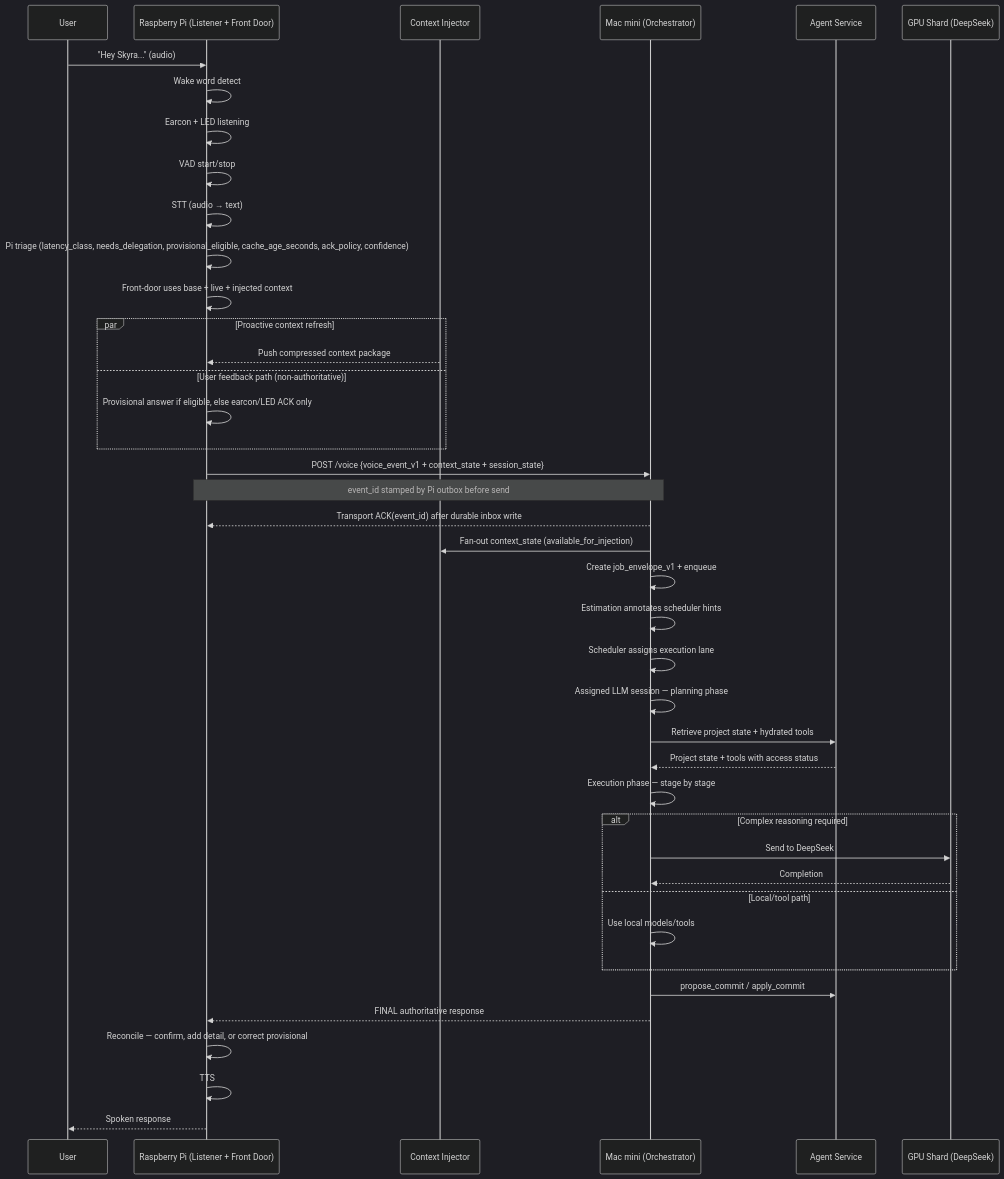
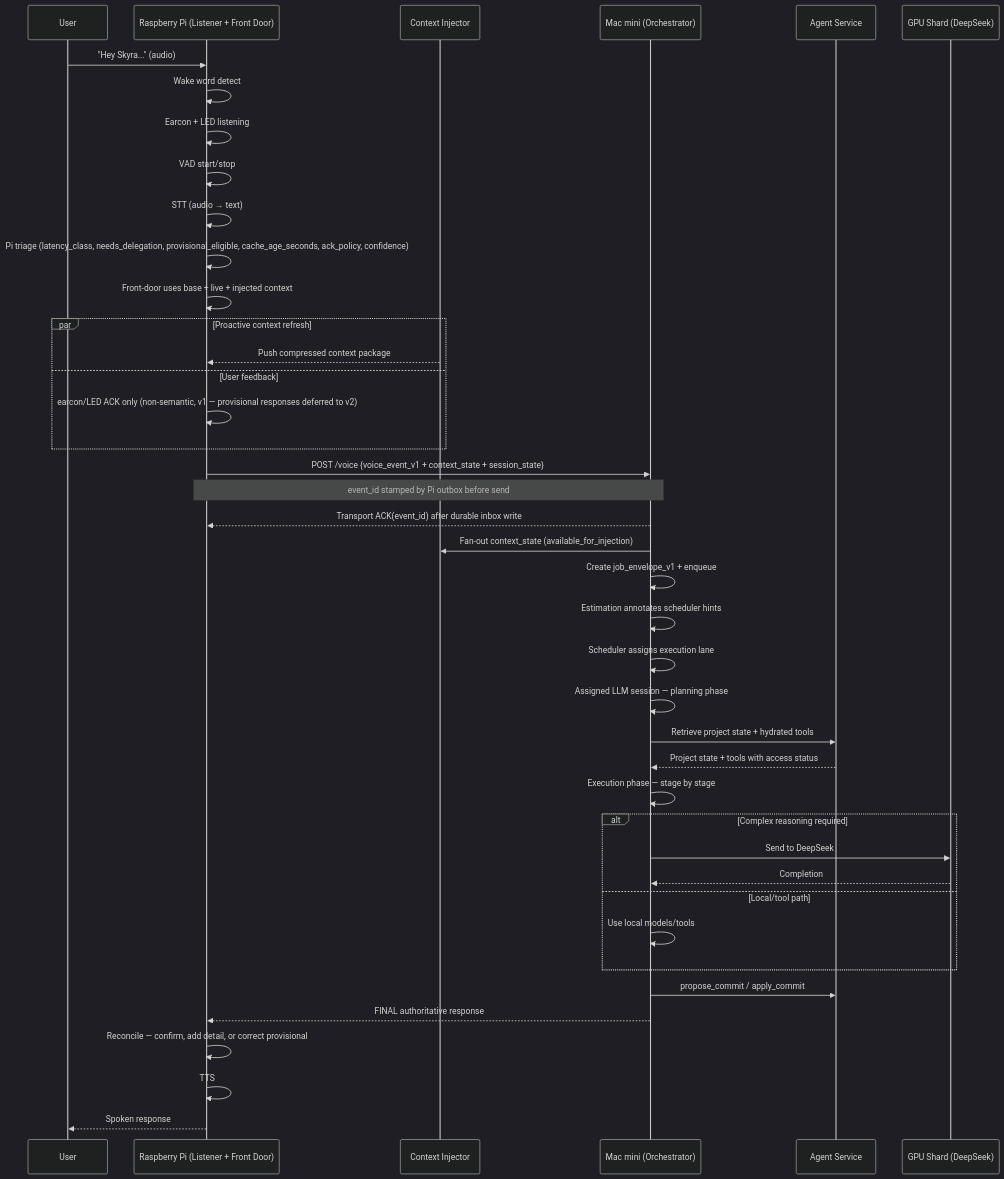
One commit to m-scanlon/tony-stark-was-able-tobuild-this-in-a-cave changed the third of 3 diagrams in docs/arch/v1/scyra.md. Above: the diagram before and after it, drawn with Mermaid (dark theme). The commit also changed other lines of this file and 2 other files, not shown here.

````diff
--- a/docs/arch/v1/scyra.md
+++ b/docs/arch/v1/scyra.md
@@ -430,46 +430,46 @@
 ```mermaid
 sequenceDiagram
   participant User
   participant Pi as Raspberry Pi (Listener + Front Door)
   participant CIX as Context Injector
   participant Mac as Mac mini (Orchestrator)
   participant PROJ as Agent Service
   participant GPU as GPU Shard (DeepSeek)
 
   User->>Pi: "Hey Skyra..." (audio)
   Pi->>Pi: Wake word detect
   Pi->>Pi: Earcon + LED listening
   Pi->>Pi: VAD start/stop
   Pi->>Pi: STT (audio → text)
   Pi->>Pi: Pi triage (latency_class, needs_delegation, provisional_eligible, cache_age_seconds, ack_policy, confidence)
   Pi->>Pi: Front-door uses base + live + injected context
   par Proactive context refresh
     CIX-->>Pi: Push compressed context package
-  and User feedback path (non-authoritative)
-    Pi->>Pi: Provisional answer if eligible, else earcon/LED ACK only
+  and User feedback
+    Pi->>Pi: earcon/LED ACK only (non-semantic, v1 — provisional responses deferred to v2)
   end
 
   Pi->>Mac: POST /voice {voice_event_v1 + context_state + session_state}
   Note over Pi,Mac: event_id stamped by Pi outbox before send
   Mac-->>Pi: Transport ACK(event_id) after durable inbox write
   Mac->>CIX: Fan-out context_state (available_for_injection)
 
   Mac->>Mac: Create job_envelope_v1 + enqueue
   Mac->>Mac: Estimation annotates scheduler hints
   Mac->>Mac: Scheduler assigns execution lane
   Mac->>Mac: Assigned LLM session — planning phase
   Mac->>PROJ: Retrieve project state + hydrated tools
   PROJ-->>Mac: Project state + tools with access status
   Mac->>Mac: Execution phase — stage by stage
   alt Complex reasoning required
     Mac->>GPU: Send to DeepSeek
     GPU-->>Mac: Completion
   else Local/tool path
     Mac->>Mac: Use local models/tools
   end
   Mac->>PROJ: propose_commit / apply_commit
   Mac-->>Pi: FINAL authoritative response
   Pi->>Pi: Reconcile — confirm, add detail, or correct provisional
   Pi->>Pi: TTS
   Pi-->>User: Spoken response
 ```
````
